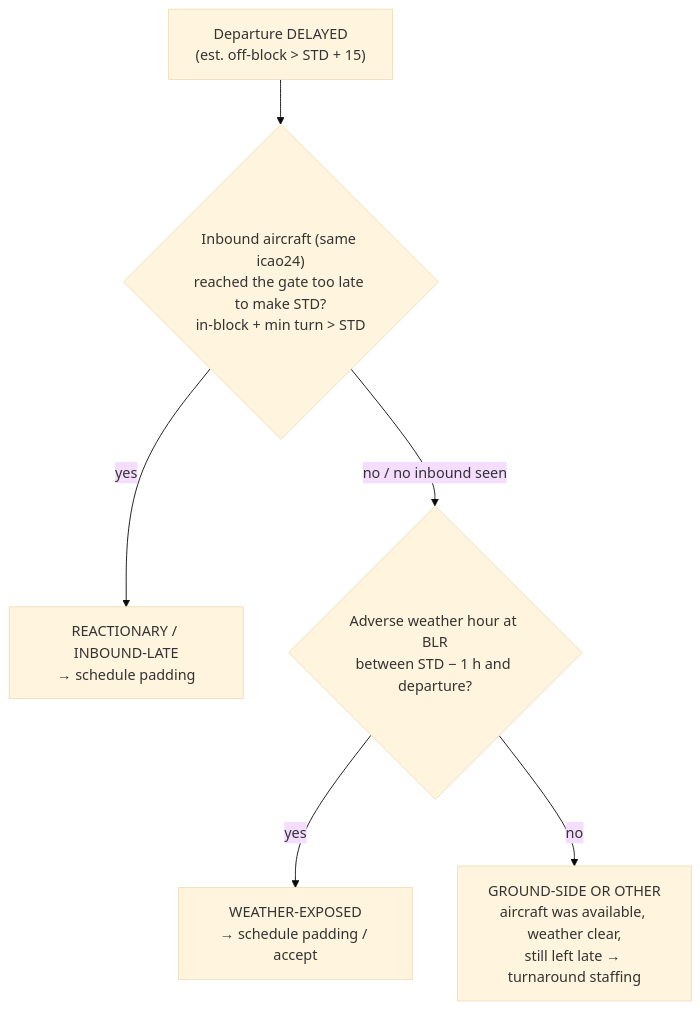
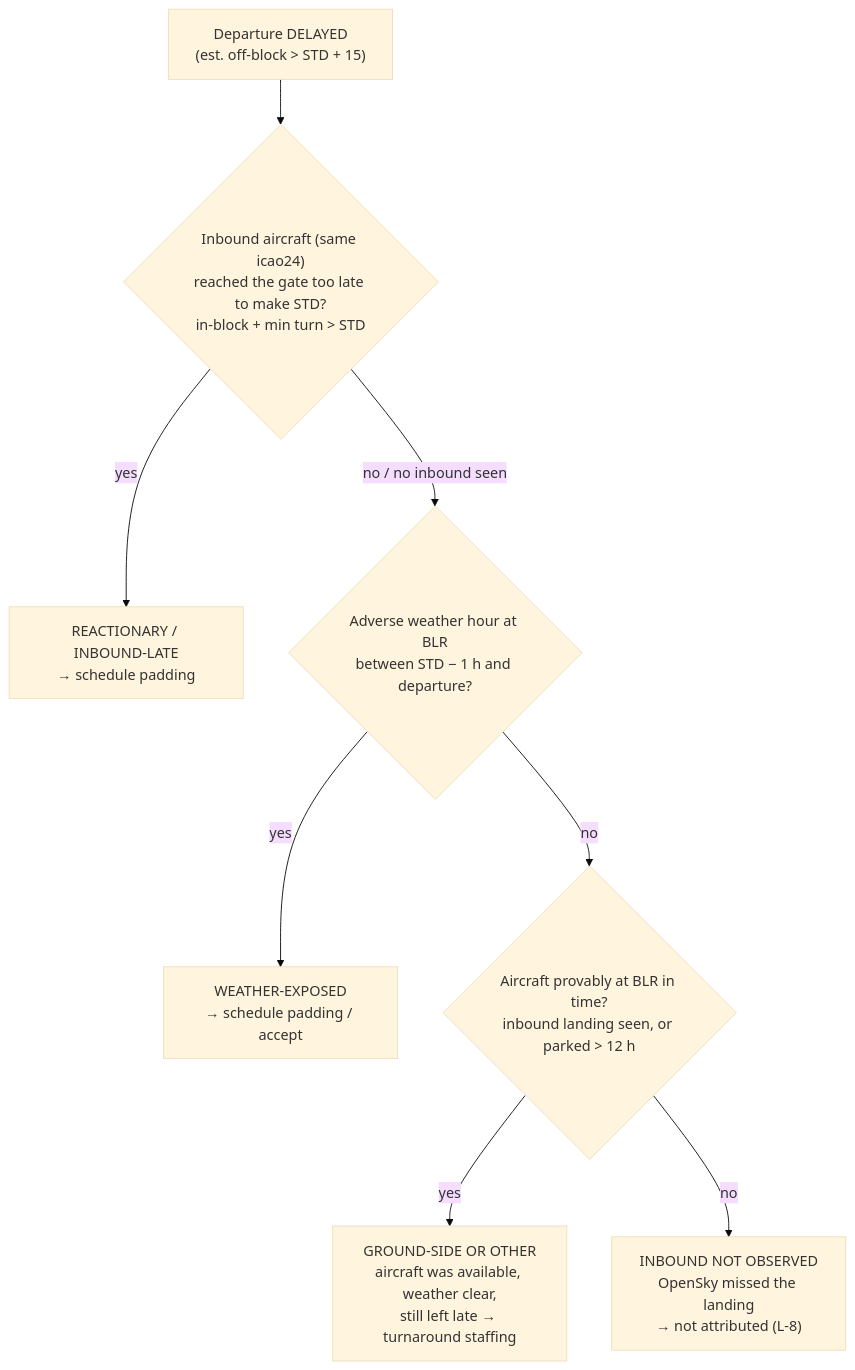
The second of 3 diagrams in diagrams/workflow_model.md (Abhinavsuri90/SkyPulse), drawn with Mermaid (base theme) before and after one commit. The commit also changed other lines of this file and 21 other files, not shown here.

````diff
--- a/diagrams/workflow_model.md
+++ b/diagrams/workflow_model.md
@@ -37,8 +37,10 @@
 ```mermaid
 flowchart TD
     D["Departure DELAYED<br/>(est. off-block > STD + 15)"] --> R{"Inbound aircraft (same icao24)<br/>reached the gate too late to make STD?<br/>in-block + min turn > STD"}
     R -- yes --> A1["REACTIONARY / INBOUND-LATE<br/>→ schedule padding"]
     R -- "no / no inbound seen" --> W{"Adverse weather hour at BLR<br/>between STD − 1 h and departure?"}
     W -- yes --> A2["WEATHER-EXPOSED<br/>→ schedule padding / accept"]
-    W -- no --> A3["GROUND-SIDE OR OTHER<br/>aircraft was available, weather clear,<br/>still left late → turnaround staffing"]
+    W -- no --> S{"Aircraft provably at BLR in time?<br/>inbound landing seen, or parked > 12 h"}
+    S -- yes --> A3["GROUND-SIDE OR OTHER<br/>aircraft was available, weather clear,<br/>still left late → turnaround staffing"]
+    S -- no --> A4["INBOUND NOT OBSERVED<br/>OpenSky missed the landing<br/>→ not attributed (L-8)"]
 ```
````
